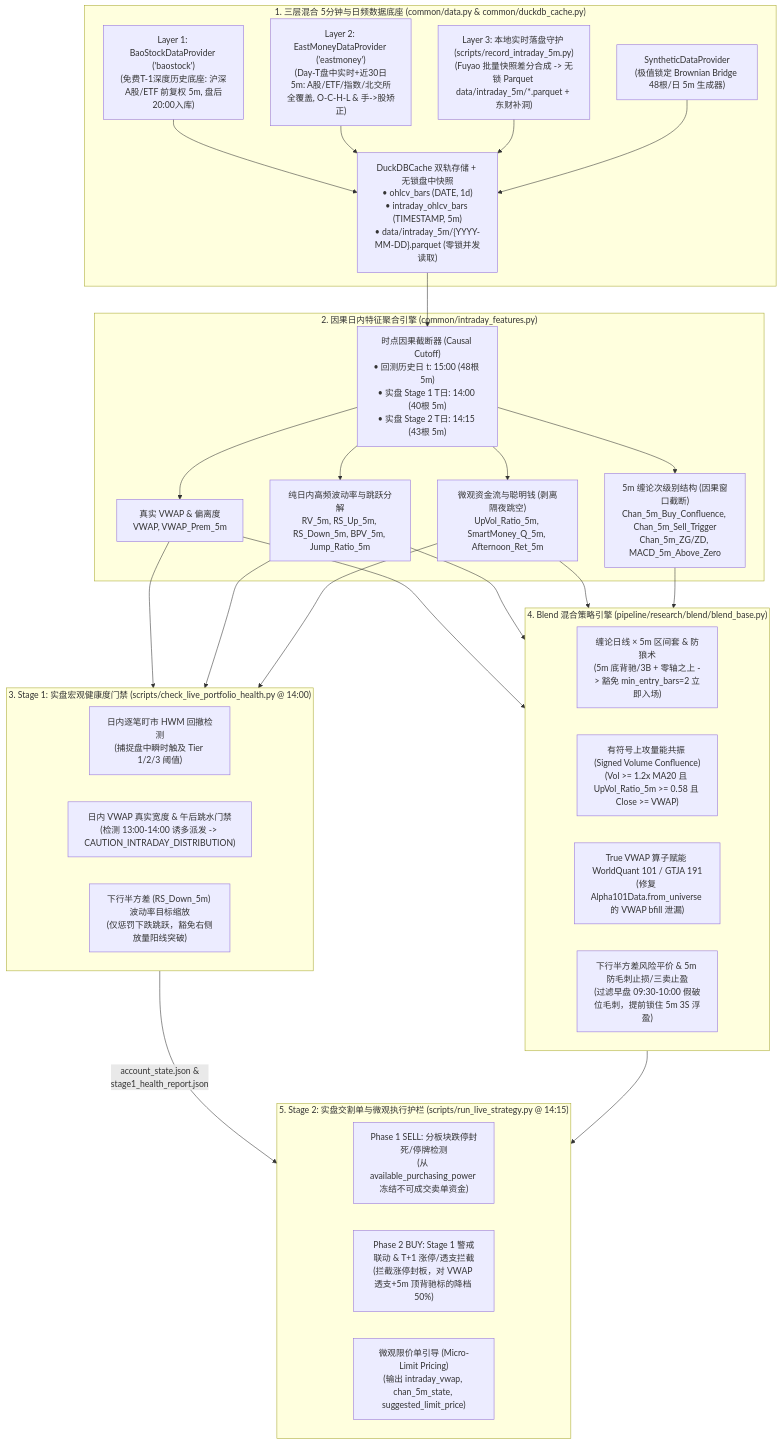
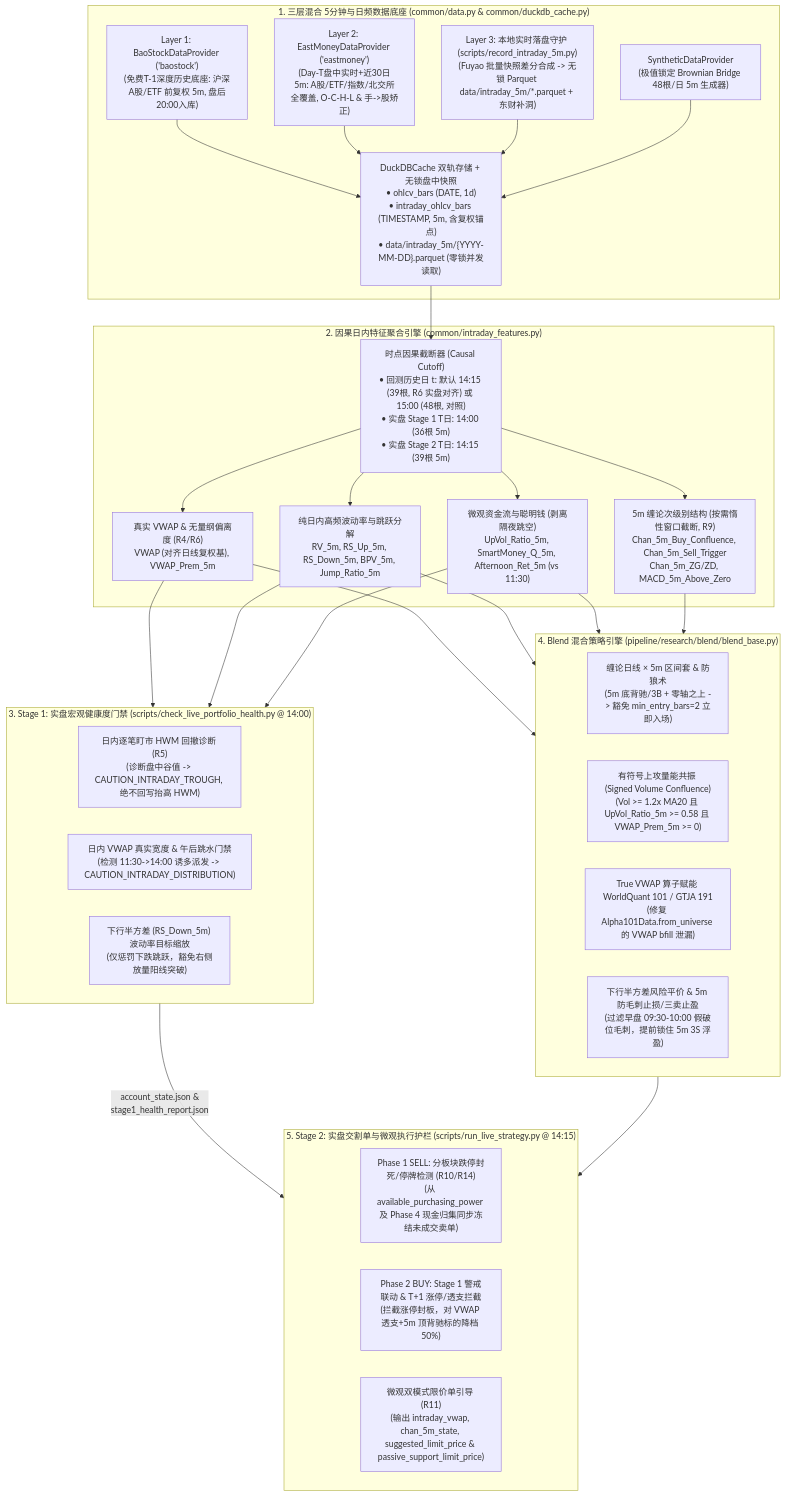
One commit to stonewell/quant_research changed the first of 3 diagrams in docs/intraday_5m_live_and_blend_enhancement_plan.md. Above: the diagram before and after it, drawn with Mermaid. The commit also changed other lines of this file and 2 other files, not shown here.

Commit message:
update intraday 5m plan and add subagent model routing rule

````diff
--- a/docs/intraday_5m_live_and_blend_enhancement_plan.md
+++ b/docs/intraday_5m_live_and_blend_enhancement_plan.md
@@ -26,44 +29,44 @@
 ```mermaid
 flowchart TD
     subgraph DATA["1. 三层混合 5分钟与日频数据底座 (common/data.py & common/duckdb_cache.py)"]
         P0["Layer 1: BaoStockDataProvider ('baostock')\n(免费T-1深度历史底座: 沪深A股/ETF 前复权 5m, 盘后20:00入库)"]
         P1["Layer 2: EastMoneyDataProvider ('eastmoney')\n(Day-T盘中实时+近30日5m: A股/ETF/指数/北交所全覆盖, O-C-H-L & 手->股矫正)"]
         P2["Layer 3: 本地实时落盘守护 (scripts/record_intraday_5m.py)\n(Fuyao 批量快照差分合成 -> 无锁 Parquet data/intraday_5m/*.parquet + 东财补洞)"]
         P3["SyntheticDataProvider\n(极值锁定 Brownian Bridge 48根/日 5m 生成器)"]
-        CACHE["DuckDBCache 双轨存储 + 无锁盘中快照\n• ohlcv_bars (DATE, 1d)\n• intraday_ohlcv_bars (TIMESTAMP, 5m)\n• data/intraday_5m/{YYYY-MM-DD}.parquet (零锁并发读取)"]
+        CACHE["DuckDBCache 双轨存储 + 无锁盘中快照\n• ohlcv_bars (DATE, 1d)\n• intraday_ohlcv_bars (TIMESTAMP, 5m, 含复权锚点)\n• data/intraday_5m/{YYYY-MM-DD}.parquet (零锁并发读取)"]
     end
 
     subgraph FEAT["2. 因果日内特征聚合引擎 (common/intraday_features.py)"]
-        CUTOFF["时点因果截断器 (Causal Cutoff)\n• 回测历史日 t: 15:00 (48根 5m)\n• 实盘 Stage 1 T日: 14:00 (40根 5m)\n• 实盘 Stage 2 T日: 14:15 (43根 5m)"]
-        F_VWAP["真实 VWAP & 偏离度\nVWAP, VWAP_Prem_5m"]
+        CUTOFF["时点因果截断器 (Causal Cutoff)\n• 回测历史日 t: 默认 14:15 (39根, R6 实盘对齐) 或 15:00 (48根, 对照)\n• 实盘 Stage 1 T日: 14:00 (36根 5m)\n• 实盘 Stage 2 T日: 14:15 (39根 5m)"]
+        F_VWAP["真实 VWAP & 无量纲偏离度 (R4/R6)\nVWAP (对齐日线复权基), VWAP_Prem_5m"]
         F_VOL["纯日内高频波动率与跳跃分解\nRV_5m, RS_Up_5m, RS_Down_5m, BPV_5m, Jump_Ratio_5m"]
-        F_FLOW["微观资金流与聪明钱 (剥离隔夜跳空)\nUpVol_Ratio_5m, SmartMoney_Q_5m, Afternoon_Ret_5m"]
-        F_CHAN["5m 缠论次级别结构 (因果窗口截断)\nChan_5m_Buy_Confluence, Chan_5m_Sell_Trigger\nChan_5m_ZG/ZD, MACD_5m_Above_Zero"]
+        F_FLOW["微观资金流与聪明钱 (剥离隔夜跳空)\nUpVol_Ratio_5m, SmartMoney_Q_5m, Afternoon_Ret_5m (vs 11:30)"]
+        F_CHAN["5m 缠论次级别结构 (按需惰性窗口截断, R9)\nChan_5m_Buy_Confluence, Chan_5m_Sell_Trigger\nChan_5m_ZG/ZD, MACD_5m_Above_Zero"]
     end
 
     subgraph STAGE1["3. Stage 1: 实盘宏观健康度门禁 (scripts/check_live_portfolio_health.py @ 14:00)"]
-        G1["日内逐笔盯市 HWM 回撤检测\n(捕捉盘中瞬时触及 Tier 1/2/3 阈值)"]
-        G2["日内 VWAP 真实宽度 & 午后跳水门禁\n(检测 13:00-14:00 诱多派发 -> CAUTION_INTRADAY_DISTRIBUTION)"]
+        G1["日内逐笔盯市 HWM 回撤诊断 (R5)\n(诊断盘中谷值 -> CAUTION_INTRADAY_TROUGH, 绝不回写抬高 HWM)"]
+        G2["日内 VWAP 真实宽度 & 午后跳水门禁\n(检测 11:30->14:00 诱多派发 -> CAUTION_INTRADAY_DISTRIBUTION)"]
         G3["下行半方差 (RS_Down_5m) 波动率目标缩放\n(仅惩罚下跌跳跃，豁免右侧放量阳线突破)"]
     end
 
     subgraph BLEND["4. Blend 混合策略引擎 (pipeline/research/blend/blend_base.py)"]
         B1["缠论日线 × 5m 区间套 & 防狼术\n(5m 底背驰/3B + 零轴之上 -> 豁免 min_entry_bars=2 立即入场)"]
-        B2["有符号上攻量能共振 (Signed Volume Confluence)\n(Vol >= 1.2x MA20 且 UpVol_Ratio_5m >= 0.58 且 Close >= VWAP)"]
+        B2["有符号上攻量能共振 (Signed Volume Confluence)\n(Vol >= 1.2x MA20 且 UpVol_Ratio_5m >= 0.58 且 VWAP_Prem_5m >= 0)"]
         B3["True VWAP 算子赋能 WorldQuant 101 / GTJA 191\n(修复 Alpha101Data.from_universe 的 VWAP bfill 泄漏)"]
         B4["下行半方差风险平价 & 5m 防毛刺止损/三卖止盈\n(过滤早盘 09:30-10:00 假破位毛刺，提前锁住 5m 3S 浮盈)"]
     end
 
     subgraph STAGE2["5. Stage 2: 实盘交割单与微观执行护栏 (scripts/run_live_strategy.py @ 14:15)"]
-        E1["Phase 1 SELL: 分板块跌停封死/停牌检测\n(从 available_purchasing_power 冻结不可成交卖单资金)"]
+        E1["Phase 1 SELL: 分板块跌停封死/停牌检测 (R10/R14)\n(从 available_purchasing_power 及 Phase 4 现金归集同步冻结未成交卖单)"]
         E2["Phase 2 BUY: Stage 1 警戒联动 & T+1 涨停/透支拦截\n(拦截涨停封板，对 VWAP 透支+5m 顶背驰标的降档 50%)"]
-        E3["微观限价单引导 (Micro-Limit Pricing)\n(输出 intraday_vwap, chan_5m_state, suggested_limit_price)"]
+        E3["微观双模式限价单引导 (R11)\n(输出 intraday_vwap, chan_5m_state, suggested_limit_price & passive_support_limit_price)"]
     end
 
     P0 & P1 & P2 & P3 --> CACHE --> CUTOFF
     CUTOFF --> F_VWAP & F_VOL & F_FLOW & F_CHAN
     F_VWAP & F_VOL & F_FLOW --> STAGE1
     F_VWAP & F_VOL & F_FLOW & F_CHAN --> BLEND
     STAGE1 -->|"account_state.json &\nstage1_health_report.json"| STAGE2
     BLEND --> STAGE2
 ```
````
